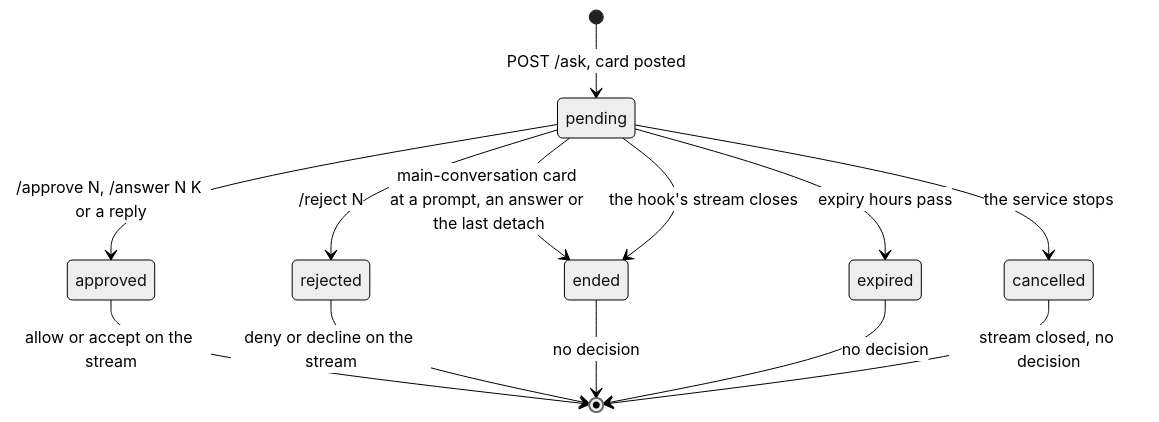
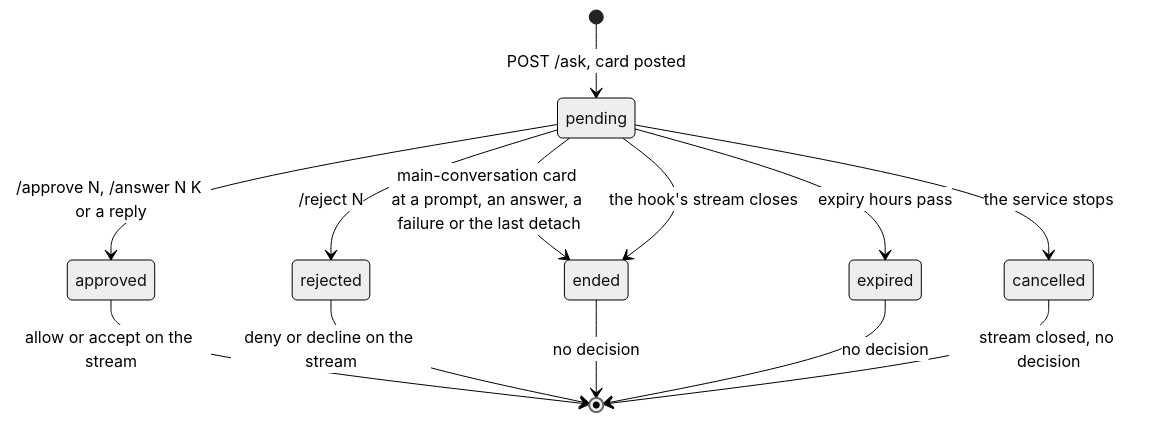
One commit to evgeny-simplex/simplex-chat changed the fifth of 7 diagrams in plans/2026-11-13-mcp-unblock.md. Above: the diagram before and after it, drawn with Mermaid (neutral theme). The commit also changed other lines of this file, not shown here.

````diff
--- a/plans/2026-11-13-mcp-unblock.md
+++ b/plans/2026-11-13-mcp-unblock.md
@@ -449,15 +513,15 @@
 ```mermaid
 stateDiagram-v2
   [*] --> pending: POST /ask, card posted
   pending --> approved: /approve N, /answer N K or a reply
   pending --> rejected: /reject N
-  pending --> ended: main-conversation card at a prompt, an answer or the last detach
+  pending --> ended: main-conversation card at a prompt, an answer, a failure or the last detach
   pending --> ended: the hook's stream closes
   pending --> expired: expiry hours pass
   pending --> cancelled: the service stops
   approved --> [*]: allow or accept on the stream
   rejected --> [*]: deny or decline on the stream
   ended --> [*]: no decision
   expired --> [*]: no decision
   cancelled --> [*]: stream closed, no decision
 ```
````
